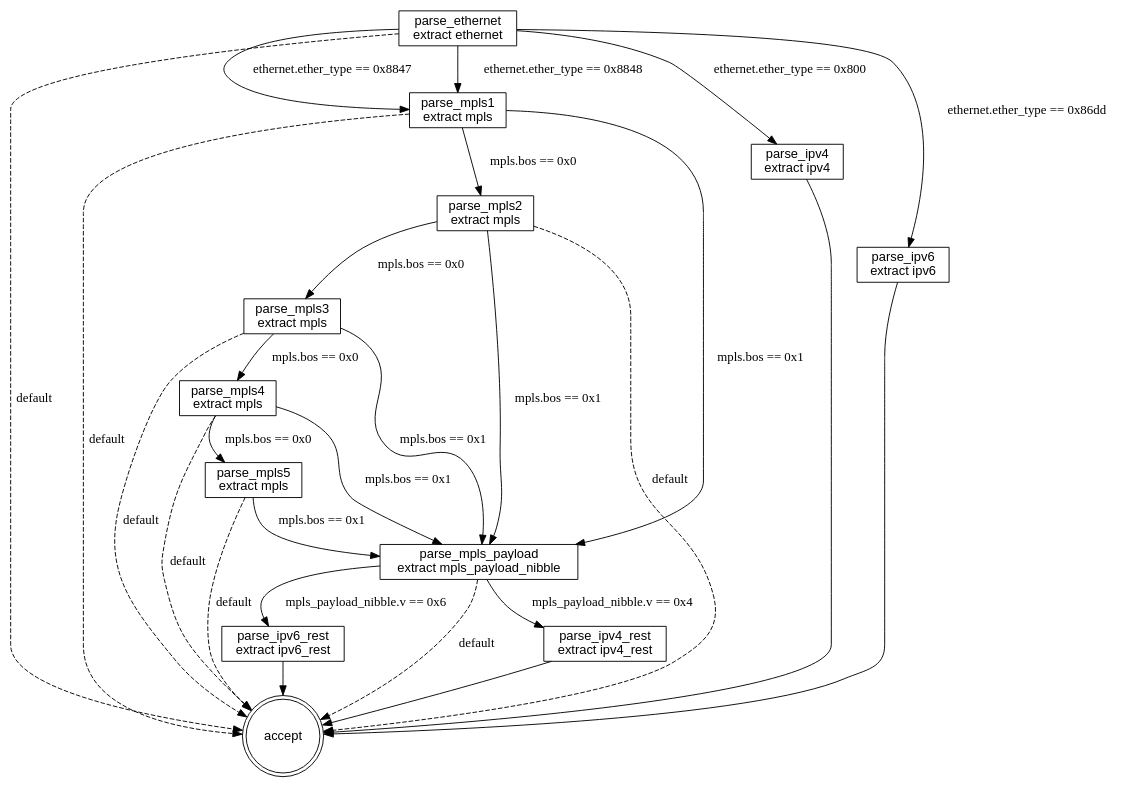
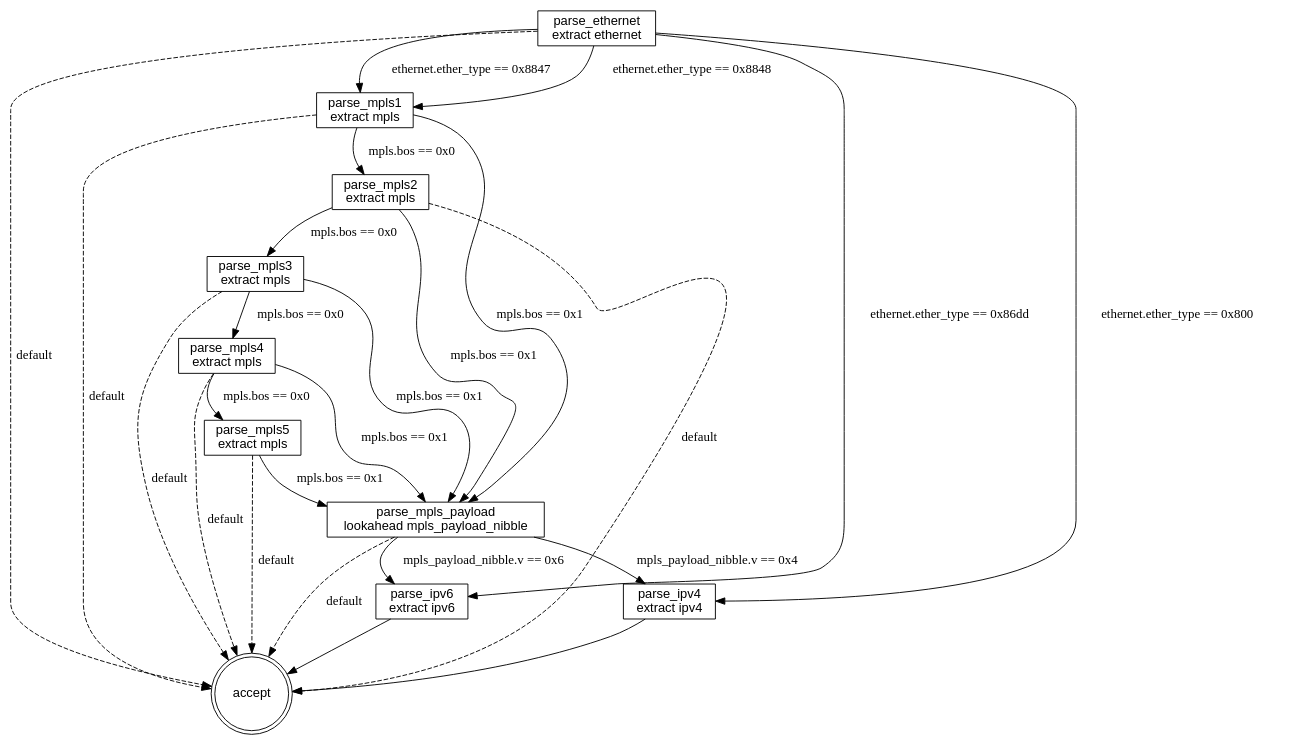
Before and after one commit to qobilidop/pakeles: the diagram in benchmarks/academic/gibb_service_provider/gen/graph.dot, drawn with Graphviz. The commit also changed 44 other files, not shown here.

```diff
--- a/benchmarks/academic/gibb_service_provider/gen/graph.dot
+++ b/benchmarks/academic/gibb_service_provider/gen/graph.dot
@@ -1,42 +1,38 @@
 digraph "gibb_service_provider" {
   rankdir=TB;
   node [fontname="Helvetica"];
   "parse_ethernet" [shape=box, label="parse_ethernet\nextract ethernet"];
   "parse_mpls1" [shape=box, label="parse_mpls1\nextract mpls", tooltip="First of the five bounded MPLS labels (`max = 5` in the\nsource).", href="#"];
   "parse_mpls2" [shape=box, label="parse_mpls2\nextract mpls"];
   "parse_mpls3" [shape=box, label="parse_mpls3\nextract mpls"];
   "parse_mpls4" [shape=box, label="parse_mpls4\nextract mpls"];
   "parse_mpls5" [shape=box, label="parse_mpls5\nextract mpls", tooltip="Fifth label: the bound is exhausted, so bos=0 (a sixth\nlabel) falls to the default - not a recognized sequence.", href="#"];
-  "parse_mpls_payload" [shape=box, label="parse_mpls_payload\nextract mpls_payload_nibble", tooltip="Bottom of stack: the source's 4-bit pseudo-field, extracted\nhere as a real header. This graph maps only 4/6 (no EoMPLS arm,\nunlike big-union); other nibbles end the sequence.", href="#"];
+  "parse_mpls_payload" [shape=box, label="parse_mpls_payload\nlookahead mpls_payload_nibble", tooltip="Bottom of stack: the source's 4-bit pseudo-field, extracted\nhere as a real header. This graph maps only 4/6 (no EoMPLS arm,\nunlike big-union); other nibbles end the sequence.", href="#"];
   "parse_ipv4" [shape=box, label="parse_ipv4\nextract ipv4", tooltip="Terminal - this graph has no L4 dispatch.", href="#"];
   "parse_ipv6" [shape=box, label="parse_ipv6\nextract ipv6"];
-  "parse_ipv4_rest" [shape=box, label="parse_ipv4_rest\nextract ipv4_rest"];
-  "parse_ipv6_rest" [shape=box, label="parse_ipv6_rest\nextract ipv6_rest"];
   "accept" [shape=doublecircle];
   "parse_ethernet" -> "parse_mpls1" [label="ethernet.ether_type == 0x8847"];
   "parse_ethernet" -> "parse_mpls1" [label="ethernet.ether_type == 0x8848"];
   "parse_ethernet" -> "parse_ipv4" [label="ethernet.ether_type == 0x800"];
   "parse_ethernet" -> "parse_ipv6" [label="ethernet.ether_type == 0x86dd"];
   "parse_ethernet" -> "accept" [label="default", style=dashed];
   "parse_mpls1" -> "parse_mpls2" [label="mpls.bos == 0x0"];
   "parse_mpls1" -> "parse_mpls_payload" [label="mpls.bos == 0x1"];
   "parse_mpls1" -> "accept" [label="default", style=dashed];
   "parse_mpls2" -> "parse_mpls3" [label="mpls.bos == 0x0"];
   "parse_mpls2" -> "parse_mpls_payload" [label="mpls.bos == 0x1"];
   "parse_mpls2" -> "accept" [label="default", style=dashed];
   "parse_mpls3" -> "parse_mpls4" [label="mpls.bos == 0x0"];
   "parse_mpls3" -> "parse_mpls_payload" [label="mpls.bos == 0x1"];
   "parse_mpls3" -> "accept" [label="default", style=dashed];
   "parse_mpls4" -> "parse_mpls5" [label="mpls.bos == 0x0"];
   "parse_mpls4" -> "parse_mpls_payload" [label="mpls.bos == 0x1"];
   "parse_mpls4" -> "accept" [label="default", style=dashed];
   "parse_mpls5" -> "parse_mpls_payload" [label="mpls.bos == 0x1"];
   "parse_mpls5" -> "accept" [label="default", style=dashed];
-  "parse_mpls_payload" -> "parse_ipv4_rest" [label="mpls_payload_nibble.v == 0x4"];
-  "parse_mpls_payload" -> "parse_ipv6_rest" [label="mpls_payload_nibble.v == 0x6"];
+  "parse_mpls_payload" -> "parse_ipv4" [label="mpls_payload_nibble.v == 0x4"];
+  "parse_mpls_payload" -> "parse_ipv6" [label="mpls_payload_nibble.v == 0x6"];
   "parse_mpls_payload" -> "accept" [label="default", style=dashed];
   "parse_ipv4" -> "accept";
   "parse_ipv6" -> "accept";
-  "parse_ipv4_rest" -> "accept";
-  "parse_ipv6_rest" -> "accept";
 }
```
